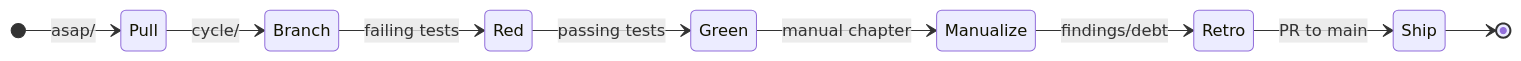
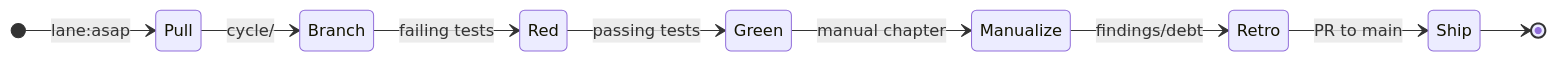
Before and after one commit to flyingrobots/warp-ttd: the diagram in METHOD.md, drawn with Mermaid. The commit also changed other lines of this file and 14 other files, not shown here.

````diff
--- a/METHOD.md
+++ b/METHOD.md
@@ -40,12 +49,12 @@
 ```mermaid
 stateDiagram-v2
     direction LR
-    [*] --> Pull: asap/
+    [*] --> Pull: lane:asap
     Pull --> Branch: cycle/
     Branch --> Red: failing tests
     Red --> Green: passing tests
     Green --> Manualize: manual chapter
     Manualize --> Retro: findings/debt
     Retro --> Ship: PR to main
     Ship --> [*]
 ```
````
